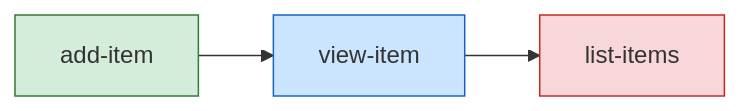
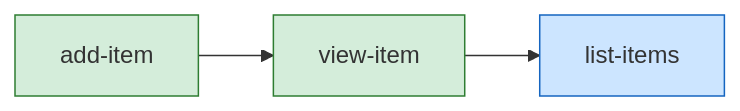
The diagram in .rig/product/sprints/sprint-0/plan.md (cwijayasundara/rig_v1_test), drawn with Mermaid before and after one commit. The commit also changed other lines of this file and 18 other files, not shown here.

````diff
--- a/.rig/product/sprints/sprint-0/plan.md
+++ b/.rig/product/sprints/sprint-0/plan.md
@@ -29,12 +29,12 @@
 ```mermaid
 graph LR
   n_add_item["add-item"]:::done
-  n_list_items["list-items"]:::blocked
-  n_view_item["view-item"]:::ready
+  n_list_items["list-items"]:::ready
+  n_view_item["view-item"]:::done
   n_view_item --> n_list_items
   n_add_item --> n_view_item
   classDef done fill:#d4edda,stroke:#2e7d32
   classDef active fill:#fff3cd,stroke:#b8860b
   classDef ready fill:#cce5ff,stroke:#1565c0
   classDef blocked fill:#f8d7da,stroke:#c62828
 ```
````
